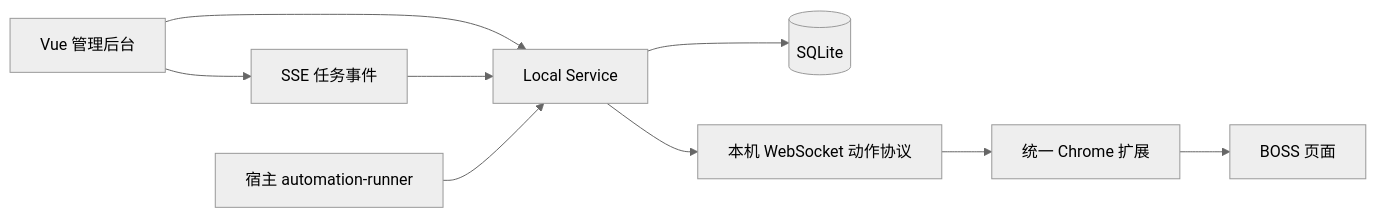
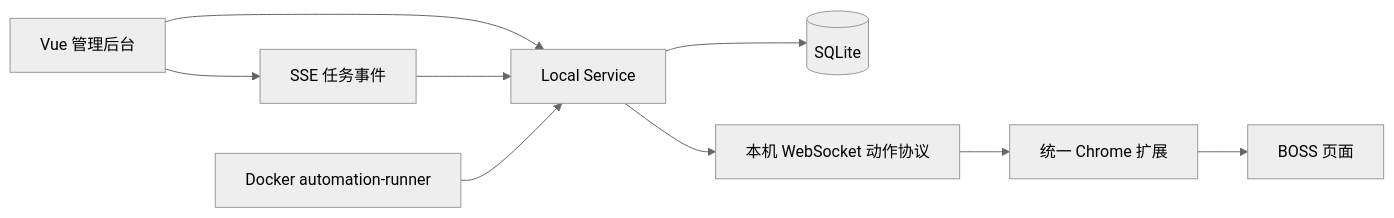
One commit to a764506248/Job-Search-Assistant changed the diagram in docs/AUTOMATION_TECHNICAL_DESIGN.md. Above: the diagram before and after it, drawn with Mermaid (neutral theme). The commit also changed other lines of this file and 19 other files, not shown here.

Commit message:
fix: make automation runner part of compose workflow

````diff
--- a/docs/AUTOMATION_TECHNICAL_DESIGN.md
+++ b/docs/AUTOMATION_TECHNICAL_DESIGN.md
@@ -28,11 +28,11 @@
 ```mermaid
 flowchart LR
     UI[Vue 管理后台] --> API[Local Service]
     API --> DB[(SQLite)]
     UI --> SSE[SSE 任务事件]
     SSE --> API
-    RUNNER[宿主 automation-runner] --> API
+    RUNNER[Docker automation-runner] --> API
     API --> WS[本机 WebSocket 动作协议]
     WS --> EXT[统一 Chrome 扩展]
     EXT --> BOSS[BOSS 页面]
 ```
````
